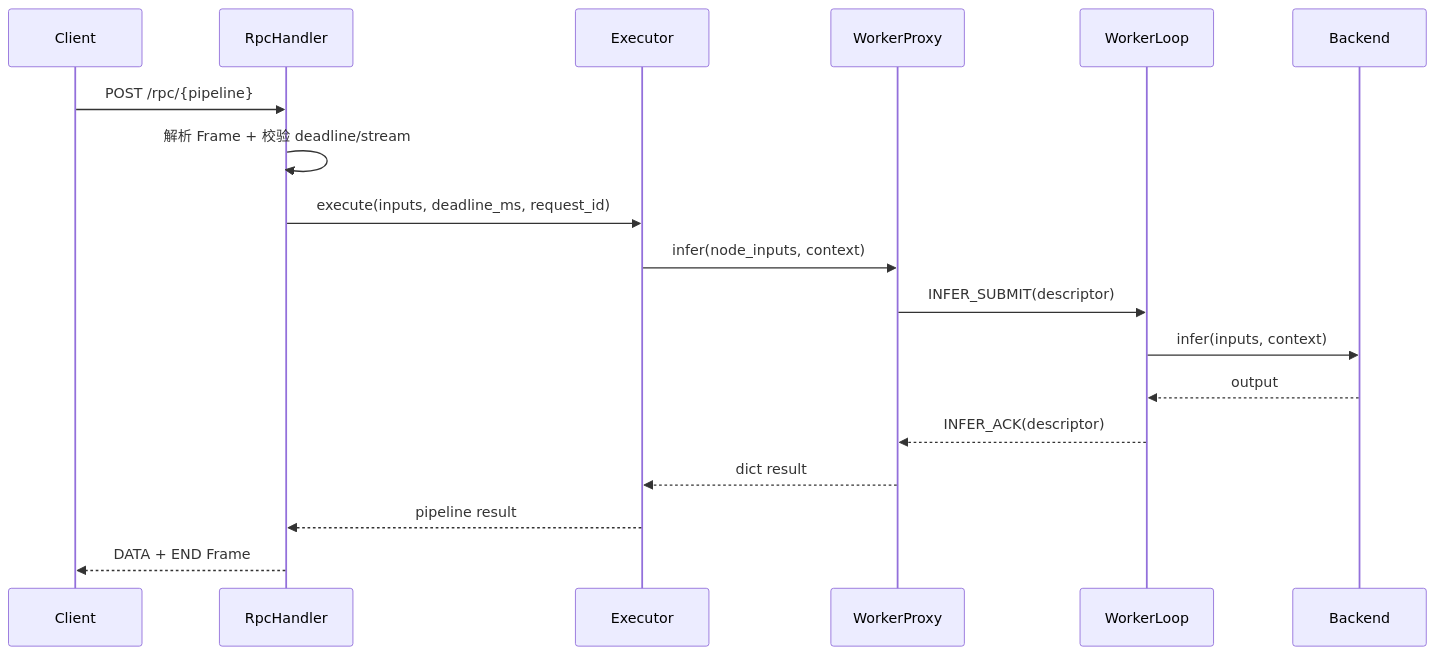
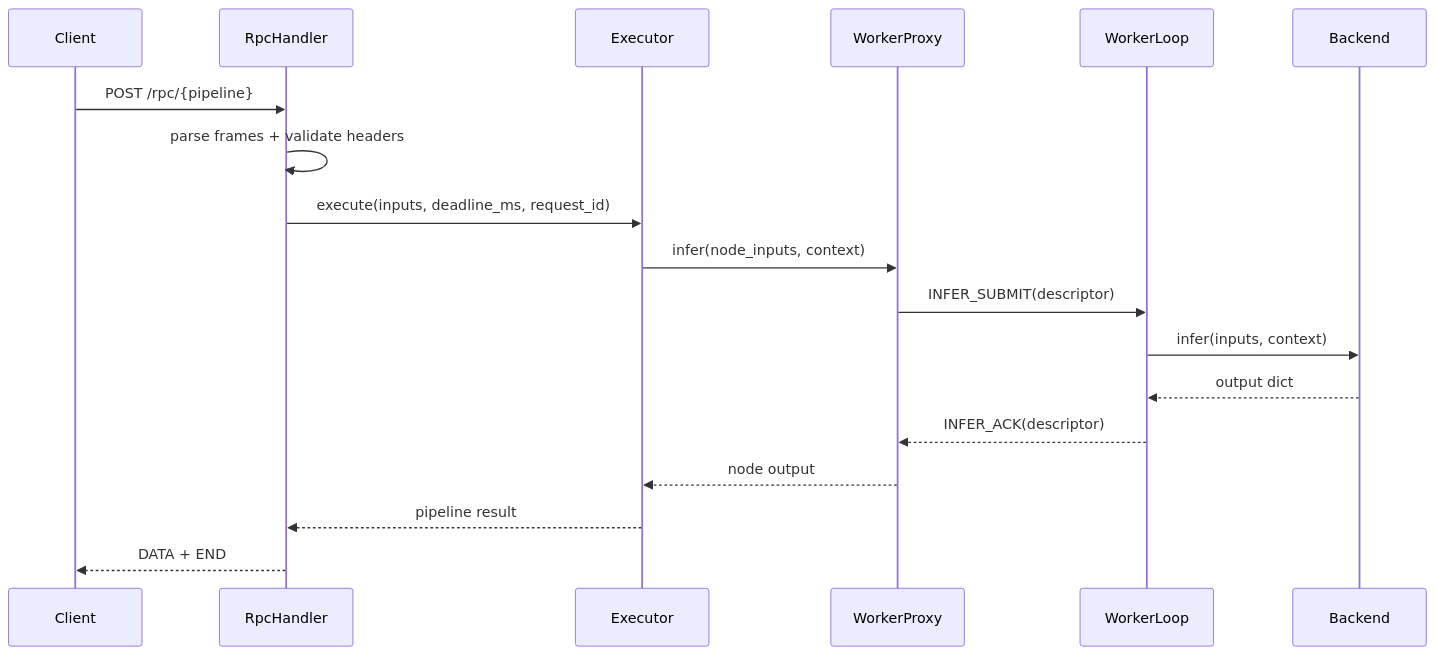
Before and after one commit to caitengwei/Nerva: the second of 3 diagrams in docs/design/架构设计.md, drawn with Mermaid. The commit also changed other lines of this file and 4 other files, not shown here.

````diff
--- a/docs/design/架构设计.md
+++ b/docs/design/架构设计.md
@@ -53,21 +108,21 @@
 ```mermaid
 sequenceDiagram
-    participant Client
-    participant Rpc as RpcHandler
-    participant Exec as Executor
-    participant Proxy as WorkerProxy
-    participant Worker as WorkerLoop
-    participant Backend
+    participant CL as Client
+    participant RH as RpcHandler
+    participant EX as Executor
+    participant PR as WorkerProxy
+    participant WL as WorkerLoop
+    participant BE as Backend
 
-    Client->>Rpc: POST /rpc/{pipeline}
-    Rpc->>Rpc: 解析 Frame + 校验 deadline/stream
-    Rpc->>Exec: execute(inputs, deadline_ms, request_id)
-    Exec->>Proxy: infer(node_inputs, context)
-    Proxy->>Worker: INFER_SUBMIT(descriptor)
-    Worker->>Backend: infer(inputs, context)
-    Backend-->>Worker: output
-    Worker-->>Proxy: INFER_ACK(descriptor)
-    Proxy-->>Exec: dict result
-    Exec-->>Rpc: pipeline result
-    Rpc-->>Client: DATA + END Frame
+    CL->>RH: POST /rpc/{pipeline}
+    RH->>RH: parse frames + validate headers
+    RH->>EX: execute(inputs, deadline_ms, request_id)
+    EX->>PR: infer(node_inputs, context)
+    PR->>WL: INFER_SUBMIT(descriptor)
+    WL->>BE: infer(inputs, context)
+    BE-->>WL: output dict
+    WL-->>PR: INFER_ACK(descriptor)
+    PR-->>EX: node output
+    EX-->>RH: pipeline result
+    RH-->>CL: DATA + END
 ```
````
